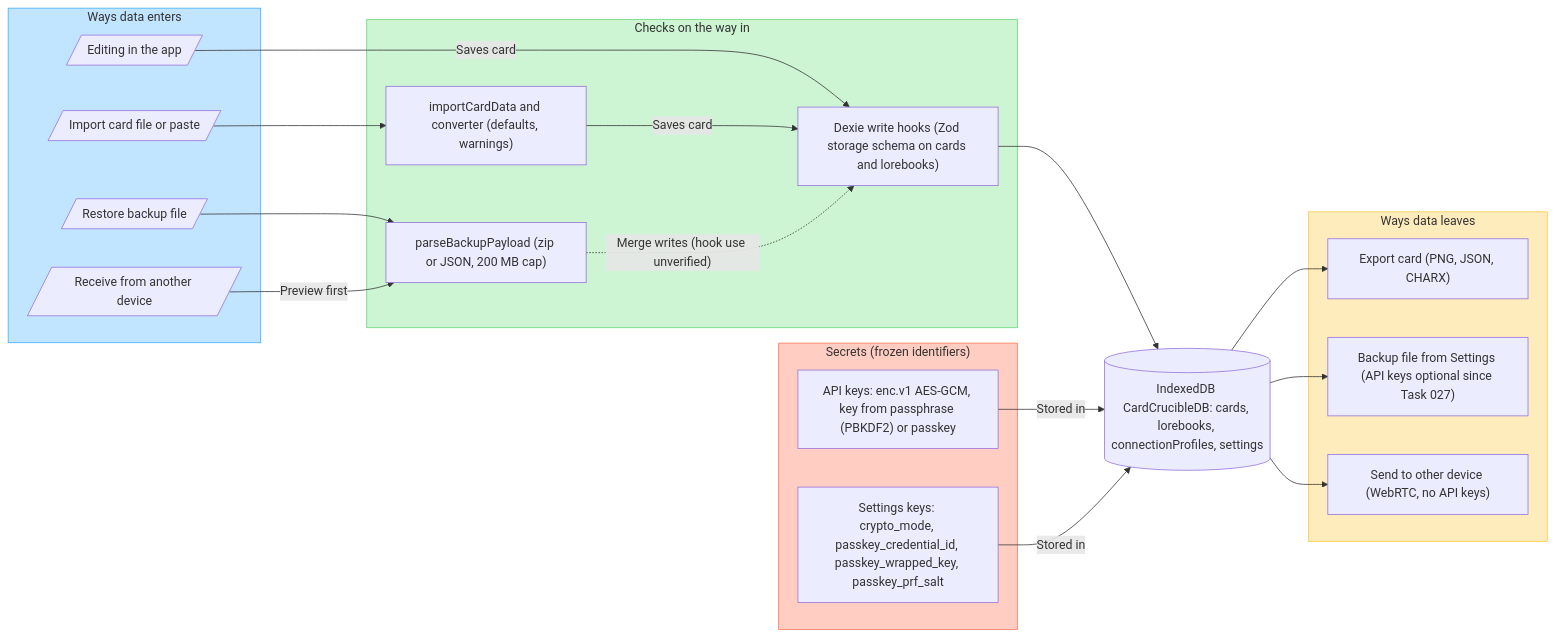
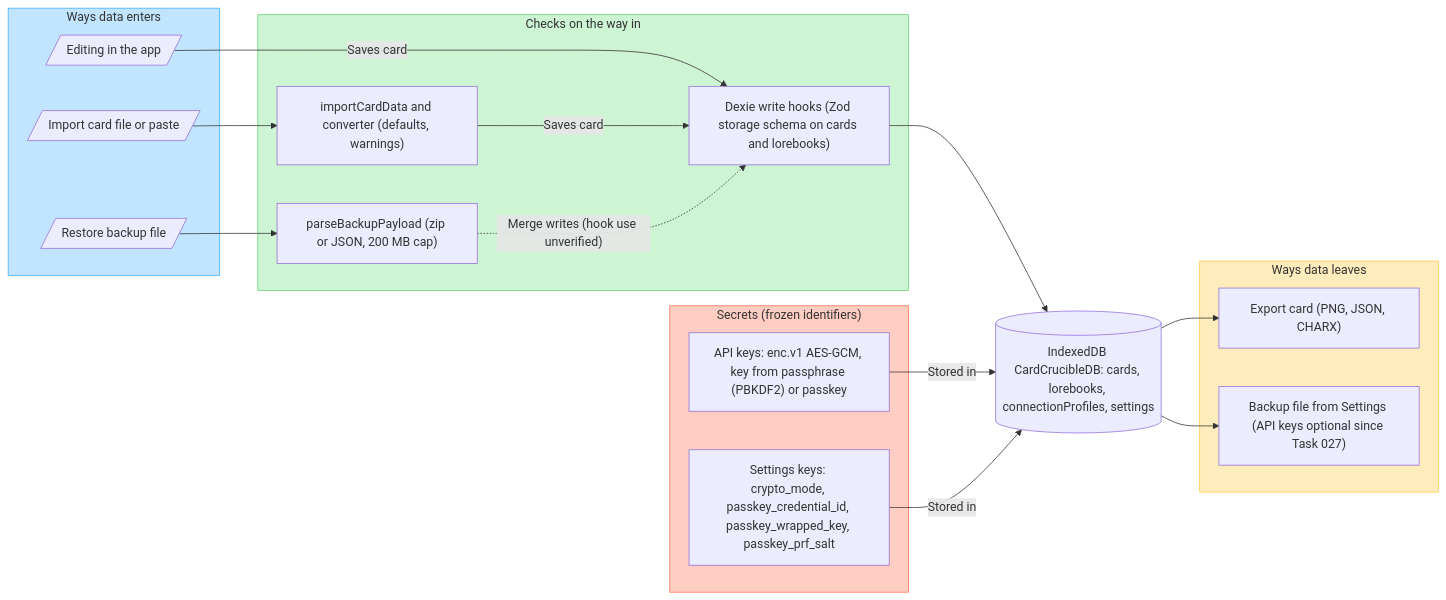
The second of 3 diagrams in docs/ARCHITECTURE.md (KarlMuzen/RoleplayForge), drawn with Mermaid before and after one commit. The commit also changed other lines of this file and 1 other file, not shown here.

Commit message:
docs: README and ARCHITECTURE after device sync removal (card 034) and tweak lane (Decision 32)

````diff
--- a/docs/ARCHITECTURE.md
+++ b/docs/ARCHITECTURE.md
@@ -73,42 +73,38 @@
 ```mermaid
 flowchart LR
     subgraph inputs ["Ways data enters"]
         edit[/"Editing in the app"/]
         imp[/"Import card file or paste"/]
         restore[/"Restore backup file"/]
-        syncIn[/"Receive from another device"/]
     end
     subgraph guard ["Checks on the way in"]
         cardImport["importCardData and converter (defaults, warnings)"]
         backupParse["parseBackupPayload (zip or JSON, 200 MB cap)"]
         hooks["Dexie write hooks (Zod storage schema on cards and lorebooks)"]
     end
     dexie[("IndexedDB CardCrucibleDB: cards, lorebooks, connectionProfiles, settings")]
     subgraph secrets ["Secrets (frozen identifiers)"]
         vault["API keys: enc.v1 AES-GCM, key from passphrase (PBKDF2) or passkey"]
         vaultKeys["Settings keys: crypto_mode, passkey_credential_id, passkey_wrapped_key, passkey_prf_salt"]
     end
     subgraph outputs ["Ways data leaves"]
         exp["Export card (PNG, JSON, CHARX)"]
         backupOut["Backup file from Settings (API keys optional since Task 027)"]
-        syncOut["Send to other device (WebRTC, no API keys)"]
     end
 
     edit -->|"Saves card"| hooks
     imp --> cardImport
     cardImport -->|"Saves card"| hooks
     restore --> backupParse
-    syncIn -->|"Preview first"| backupParse
     backupParse -.->|"Merge writes (hook use unverified)"| hooks
     hooks --> dexie
     vault -->|"Stored in"| dexie
     vaultKeys -->|"Stored in"| dexie
     dexie --> exp
     dexie --> backupOut
-    dexie --> syncOut
 
     style inputs fill:#C2E5FF,stroke:#3DADFF
     style guard fill:#CDF4D3,stroke:#66D575
     style secrets fill:#FFCDC2,stroke:#FF7556
     style outputs fill:#FFECBD,stroke:#FFC943
 ```
````
